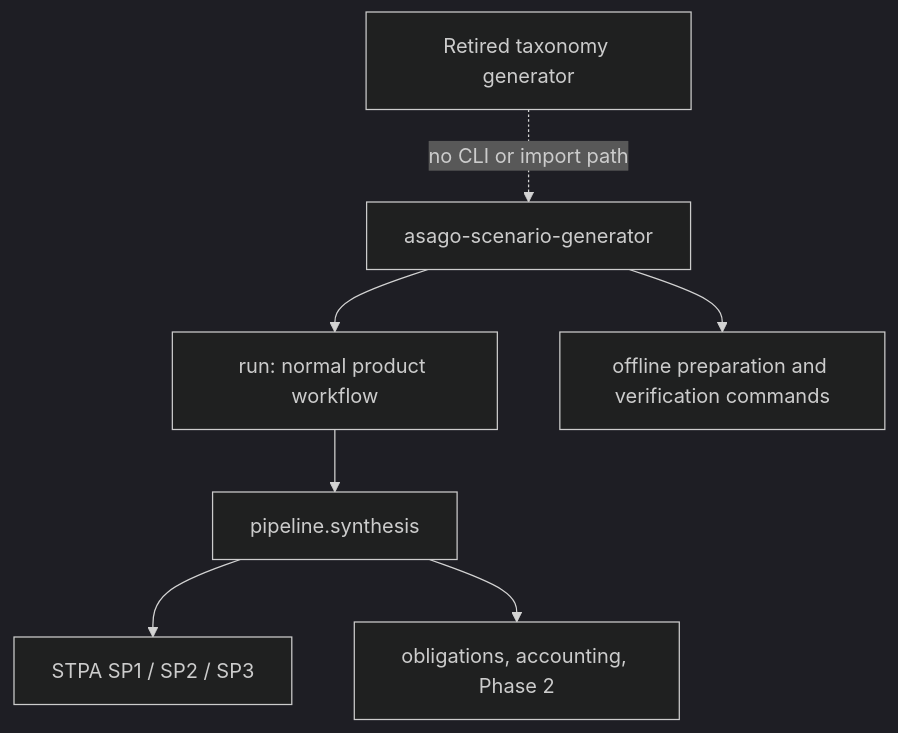
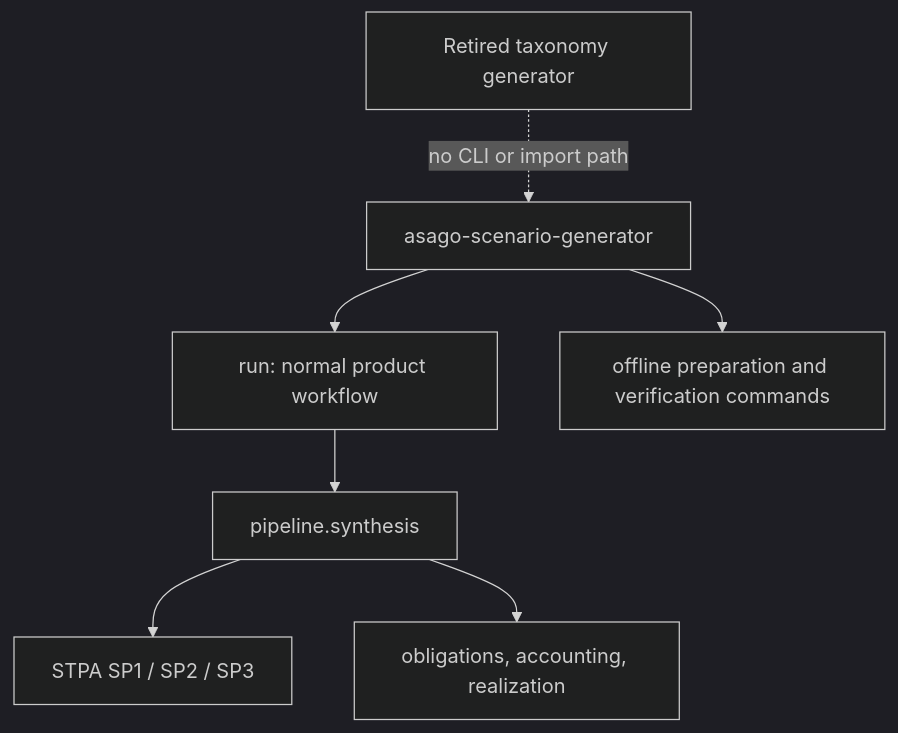
One commit to hjrnunes/asago-scenario-generator changed the second of 3 diagrams in docs/architecture/data-flow-diagrams.md. Above: the diagram before and after it, drawn with Mermaid (dark theme). The commit also changed other lines of this file and 44 other files, not shown here.

````diff
--- a/docs/architecture/data-flow-diagrams.md
+++ b/docs/architecture/data-flow-diagrams.md
@@ -59,13 +56,13 @@
 ```mermaid
 flowchart TB
     CLI[asago-scenario-generator]
     CLI --> RUN[run: normal product workflow]
     CLI --> PRE[offline preparation and verification commands]
 
     RUN --> SYN[pipeline.synthesis]
     SYN --> STPA[STPA SP1 / SP2 / SP3]
-    SYN --> PHASES[obligations, accounting, Phase 2]
+    SYN --> PHASES[obligations, accounting, realization]
 
     OLD[Retired taxonomy generator]
     OLD -. no CLI or import path .-> CLI
 ```
````
